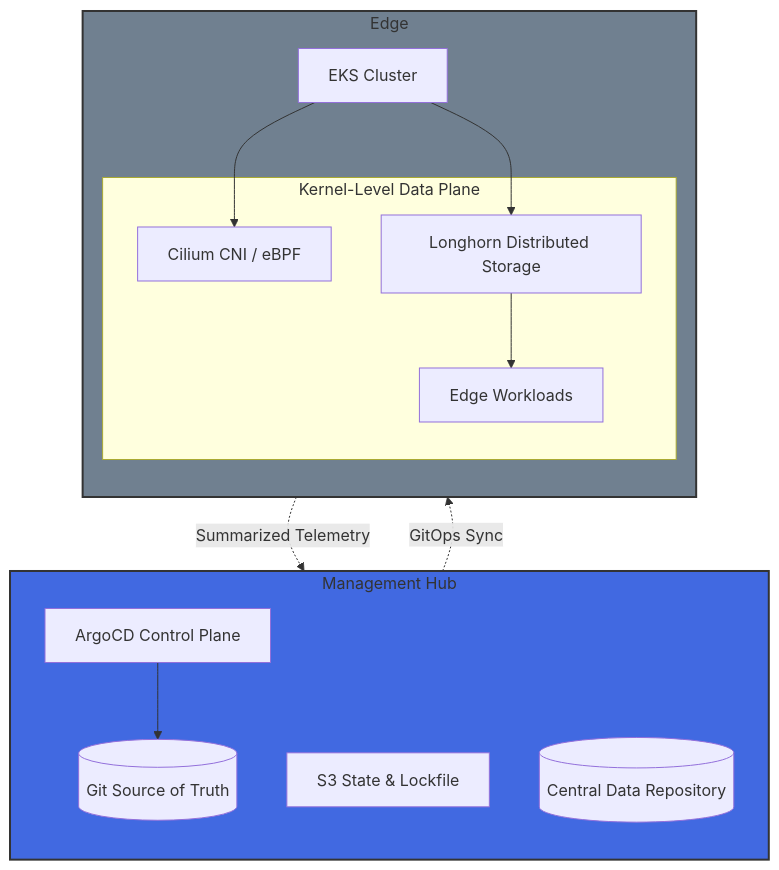
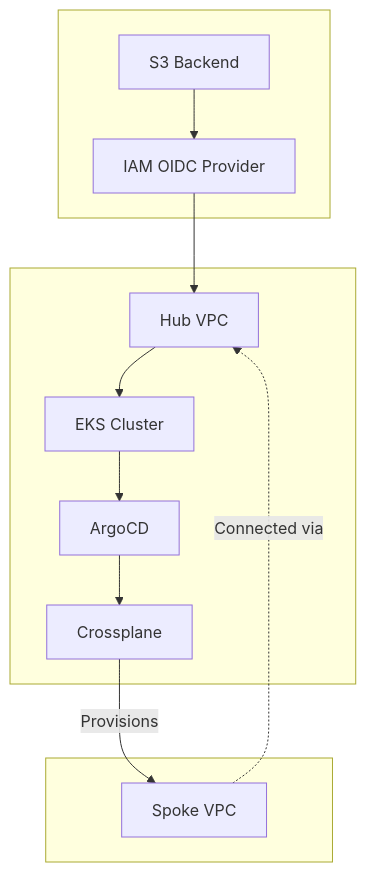
The diagram in README.md (ehermenau/edge-first-infra), drawn with Mermaid before and after one commit. The commit also changed other lines of this file, not shown here.

Commit message:
simpler diagram, dropdown to make it optional to viewer

````diff
--- a/README.md
+++ b/README.md
@@ -5,39 +16,20 @@
 ```mermaid
 graph TB
-    subgraph Management_Hub [Management Hub]
-        direction TB
-        ArgoCD[ArgoCD Control Plane]
-        GitOps[(Git Source of Truth)]
-        S3_State[S3 State & Lockfile]
-        Central_Repo[(Central Data Repository)]
-
-        ArgoCD --> GitOps
+    subgraph " "
+        A[S3 Backend] --> B[IAM OIDC Provider]
     end
 
-    subgraph Edge_Node [Edge]
-        direction TB
-        EKS_Edge[EKS Cluster]
-
-        subgraph Data_Plane [Kernel-Level Data Plane]
-            Cilium[Cilium CNI / eBPF]
-            Longhorn[Longhorn Distributed Storage]
-            Workloads[Edge Workloads]
-        end
-
-        EKS_Edge --> Cilium
-        EKS_Edge --> Longhorn
-        Longhorn --> Workloads
+    subgraph " "
+        B --> C[Hub VPC]
+        C --> D[EKS Cluster]
+        D --> E[ArgoCD]
+        E --> H[Crossplane]
     end
 
-    %% Encrypted Fabric Connection
-    ArgoCD -.->|GitOps Sync| EKS_Edge
-    Cilium ~~~ Management_Hub
-    Workloads -.->|Summarized Telemetry| Central_Repo
 
-    %% Styling
-    classDef blue_space fill:#4169e1,stroke:#333,stroke-width:2px;
-    classDef grey_space fill:#708090,stroke:#333,stroke-width:2px;
+    subgraph " "
+        H -->|Provisions| I[Spoke VPC]
+        I -.->|Connected via| C
+    end
 
-    class Management_Hub blue_space;
-    class Edge_Node grey_space;
 ```
````
